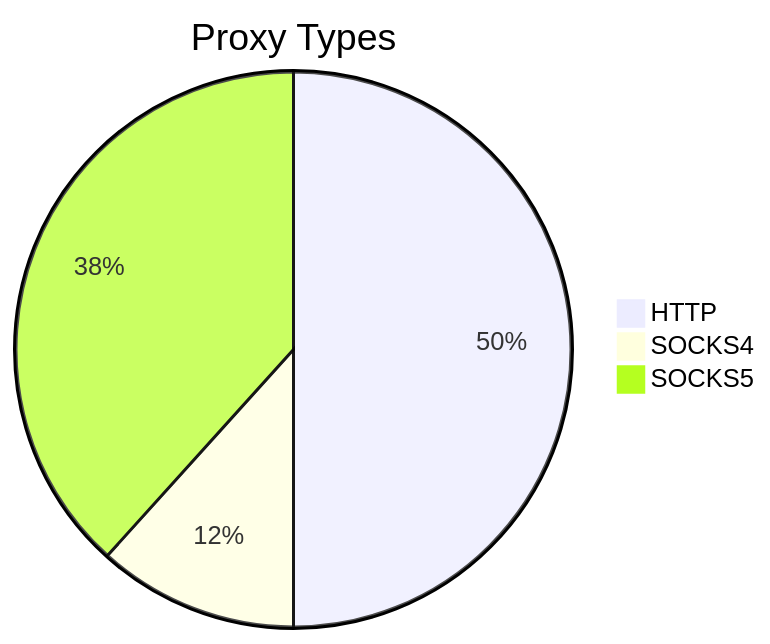
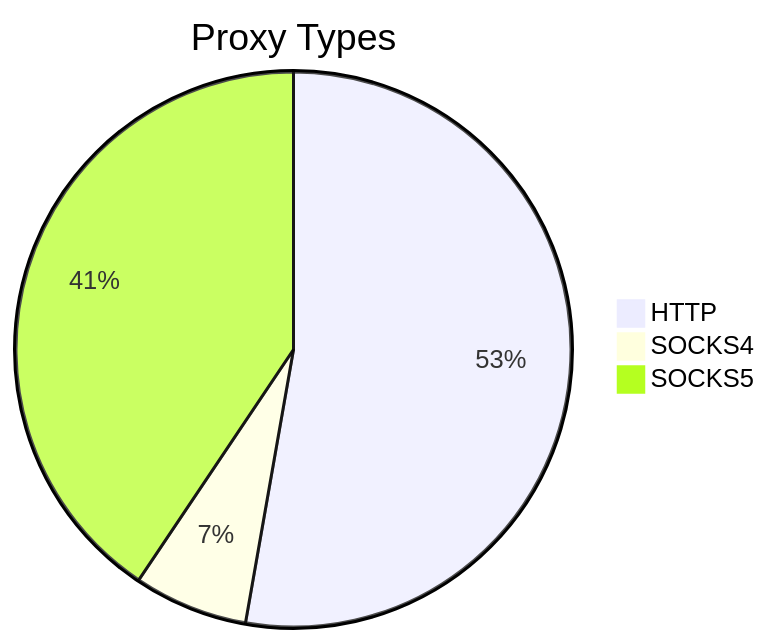
The first of 2 diagrams in README.md (stormsia/proxy-list), drawn with Mermaid before and after one commit. The commit also changed other lines of this file, not shown here.

````diff
--- a/README.md
+++ b/README.md
@@ -21,6 +21,6 @@
 ```mermaid
 pie title Proxy Types
-    "HTTP" : 154
-    "SOCKS4" : 36
-    "SOCKS5" : 118
+    "HTTP" : 143
+    "SOCKS4" : 18
+    "SOCKS5" : 110
 ```
````
